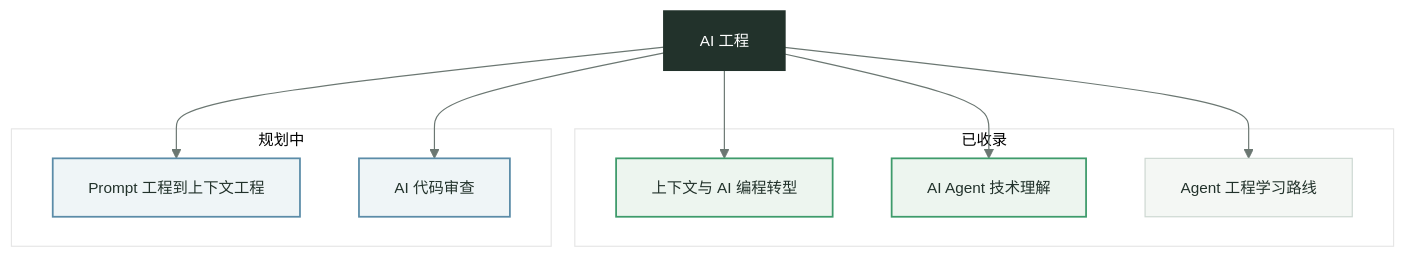
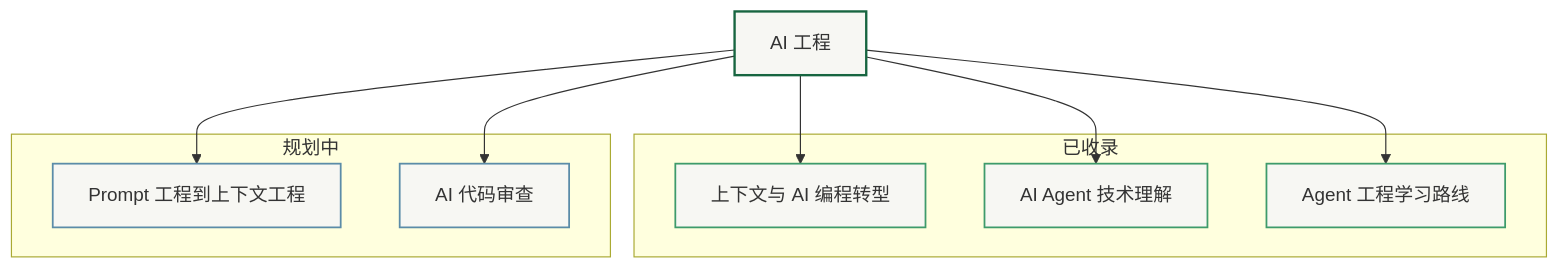
The diagram in docs/ai/index.md (Fatejian/frontier-vault), drawn with Mermaid before and after one commit. The commit also changed 65 other files, not shown here.

First line of the commit message:
fix(theme): unify mermaid chart palette and remove solid core fills

````diff
--- a/docs/ai/index.md
+++ b/docs/ai/index.md
@@ -17,31 +17,29 @@
 ```mermaid
-%%{init: {'theme': 'base', 'themeVariables': {'fontFamily': 'Inter, PingFang SC, Microsoft YaHei, sans-serif', 'primaryColor': '#F4F7F4', 'primaryTextColor': '#22322B', 'primaryBorderColor': '#CDD8D2', 'lineColor': '#6B7772', 'fontSize': '13px'}}}%%
-
 flowchart TB
     center["AI 工程"]
 
     subgraph 已收录
         work1["上下文与 AI 编程转型"]
         work2["AI Agent 技术理解"]
         work3["Agent 工程学习路线"]
     end
 
     subgraph 规划中
         wait1["Prompt 工程到上下文工程"]
         wait3["AI 代码审查"]
     end
 
     center --> work1
     center --> work2
     center --> work3
     center --> wait1
     center --> wait3
 
-    classDef core fill:#22322B,color:#fff,stroke:#22322B,stroke-width:2px
-    classDef work fill:#EDF5EF,stroke:#3E9B6B,color:#22322B,stroke-width:1.5px
-    classDef wait fill:#EFF5F7,stroke:#5B8CA8,color:#22322B,stroke-width:1.5px
+    classDef core fill:#F7F7F3,stroke:#176540,stroke-width:2px;
+    classDef work fill:#F7F7F3,stroke:#3E9B6B,stroke-width:1.5px;
+    classDef wait fill:#F7F7F3,stroke:#5B8CA8,stroke-width:1.5px;
 
     class center core
-    class work1,work2 work
+    class work1,work2,work3 work
     class wait1,wait3 wait
 ```
````
